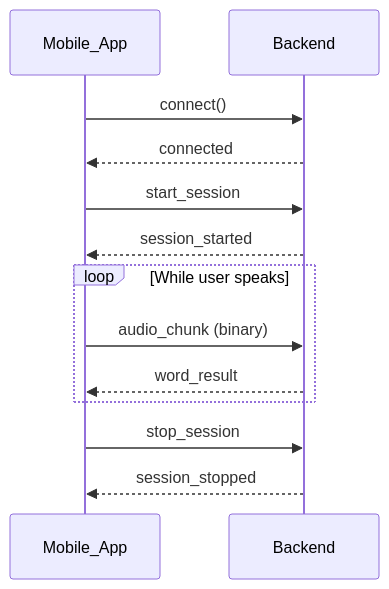
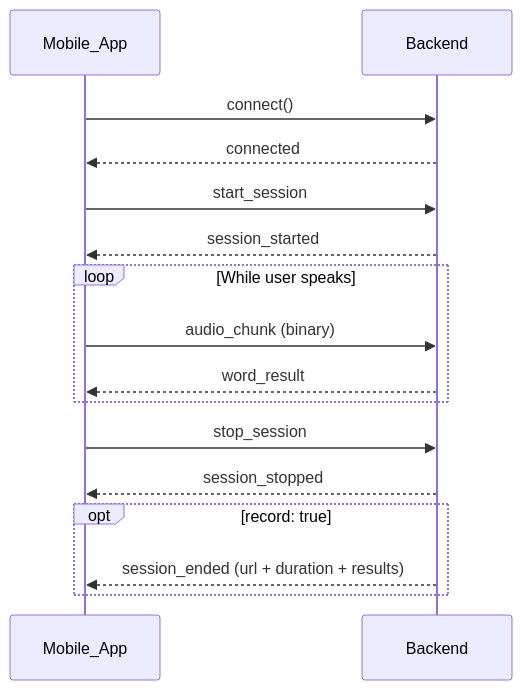
Before and after one commit to basemkhirat/pyquran2: the diagram in guide/events/index.md, drawn with Mermaid. The commit also changed other lines of this file and 18 other files, not shown here.

First line of the commit message:
Enhance session management and URL handling

````diff
--- a/guide/events/index.md
+++ b/guide/events/index.md
@@ -33,19 +34,22 @@
 ```mermaid
 sequenceDiagram
     participant App as Mobile_App
     participant Server as Backend
 
     App->>Server: connect()
     Server-->>App: connected
 
     App->>Server: start_session
     Server-->>App: session_started
 
     loop While user speaks
         App->>Server: audio_chunk (binary)
         Server-->>App: word_result
     end
 
     App->>Server: stop_session
     Server-->>App: session_stopped
+    opt record: true
+        Server-->>App: session_ended (url + duration + results)
+    end
 ```
````
